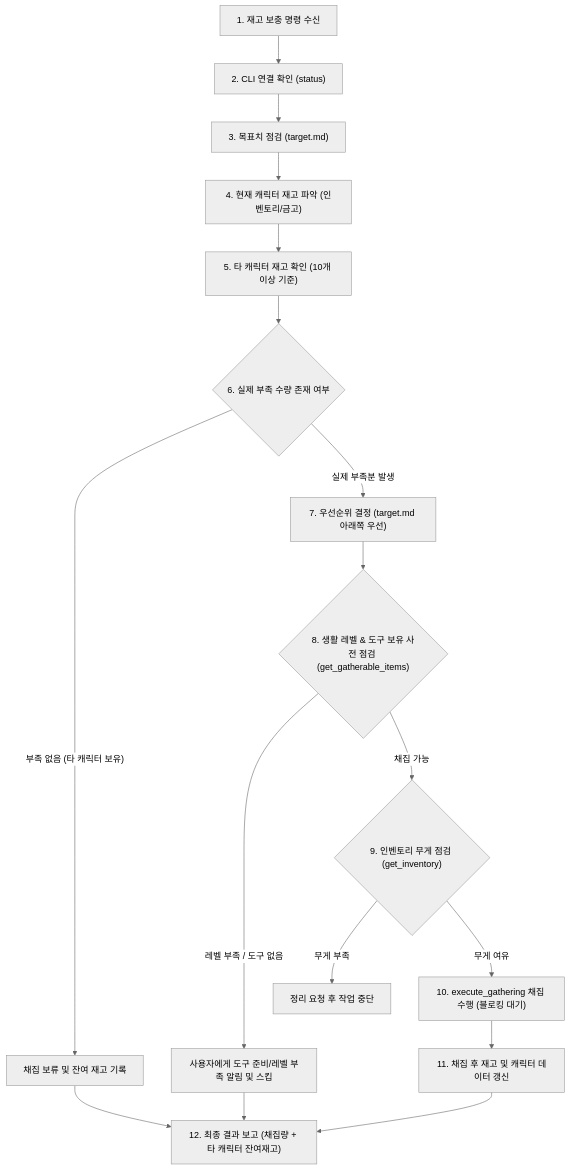
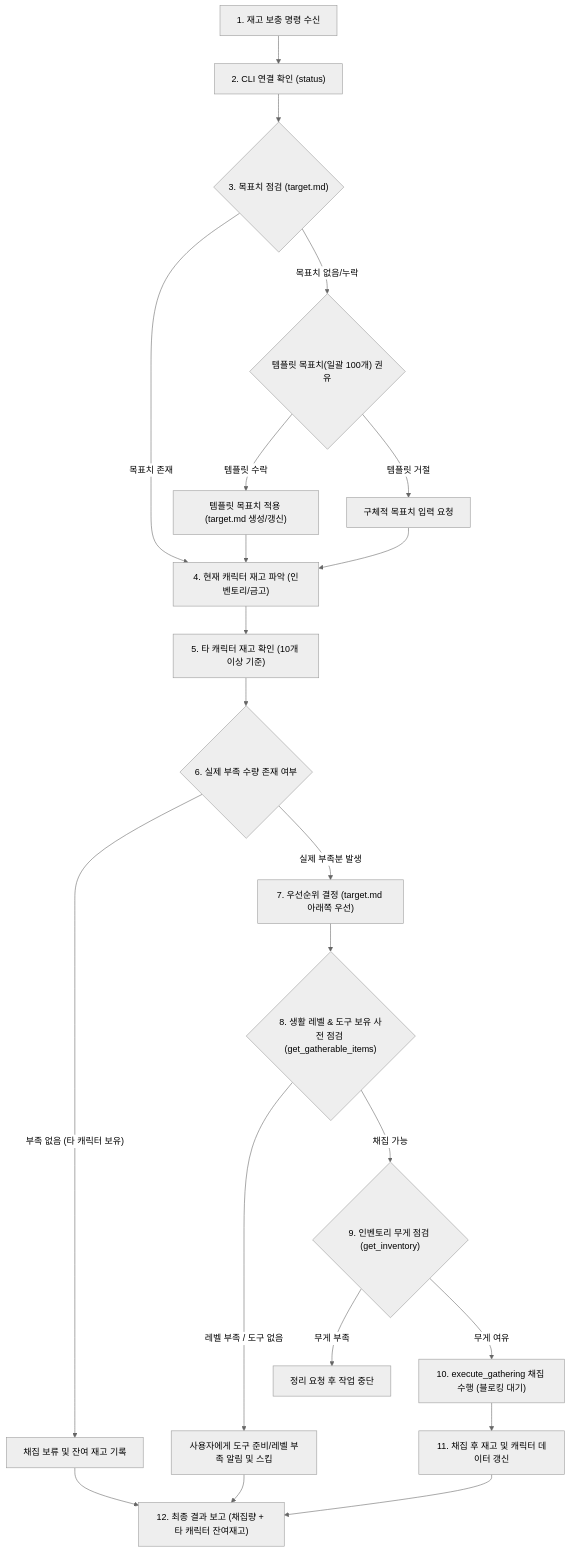
Before and after one commit to ernest6164/mobi-helper: the second of 2 diagrams in references/workflow.md, drawn with Mermaid (neutral theme). The commit also changed other lines of this file and 6 other files, not shown here.

````diff
--- a/references/workflow.md
+++ b/references/workflow.md
@@ -63,19 +63,24 @@
 ```mermaid
 flowchart TD
     Start["1. 재고 보충 명령 수신"] --> CheckConn["2. CLI 연결 확인 (status)"]
-    CheckConn --> CheckTarget["3. 목표치 점검 (target.md)"]
-    CheckTarget --> CurrentStock["4. 현재 캐릭터 재고 파악 (인벤토리/금고)"]
+    CheckConn --> CheckTarget{"3. 목표치 점검 (target.md)"}
+    CheckTarget -- "목표치 존재" --> CurrentStock["4. 현재 캐릭터 재고 파악 (인벤토리/금고)"]
+    CheckTarget -- "목표치 없음/누락" --> SuggestTemplate{"템플릿 목표치(일괄 100개) 권유"}
+    SuggestTemplate -- "템플릿 수락" --> ApplyTemplate["템플릿 목표치 적용 (target.md 생성/갱신)"]
+    ApplyTemplate --> CurrentStock
+    SuggestTemplate -- "템플릿 거절" --> AskCustomTarget["구체적 목표치 입력 요청"]
+    AskCustomTarget --> CurrentStock
     CurrentStock --> CheckOtherChars["5. 타 캐릭터 재고 확인 (10개 이상 기준)"]
     CheckOtherChars --> DecideGather{"6. 실제 부족 수량 존재 여부"}
     DecideGather -- "부족 없음 (타 캐릭터 보유)" --> HoldItem["채집 보류 및 잔여 재고 기록"]
     DecideGather -- "실제 부족분 발생" --> PrioritySort["7. 우선순위 결정 (target.md 아래쪽 우선)"]
     PrioritySort --> CheckToolSkill{"8. 생활 레벨 & 도구 보유 사전 점검 (get_gatherable_items)"}
     CheckToolSkill -- "레벨 부족 / 도구 없음" --> NotifyUser["사용자에게 도구 준비/레벨 부족 알림 및 스킵"]
     CheckToolSkill -- "채집 가능" --> CheckWeight{"9. 인벤토리 무게 점검 (get_inventory)"}
     CheckWeight -- "무게 부족" --> CleanInven["정리 요청 후 작업 중단"]
     CheckWeight -- "무게 여유" --> RunGather["10. execute_gathering 채집 수행 (블로킹 대기)"]
     RunGather --> SyncAfter["11. 채집 후 재고 및 캐릭터 데이터 갱신"]
     HoldItem --> Report["12. 최종 결과 보고 (채집량 + 타 캐릭터 잔여재고)"]
     NotifyUser --> Report
     SyncAfter --> Report
 ```
````
